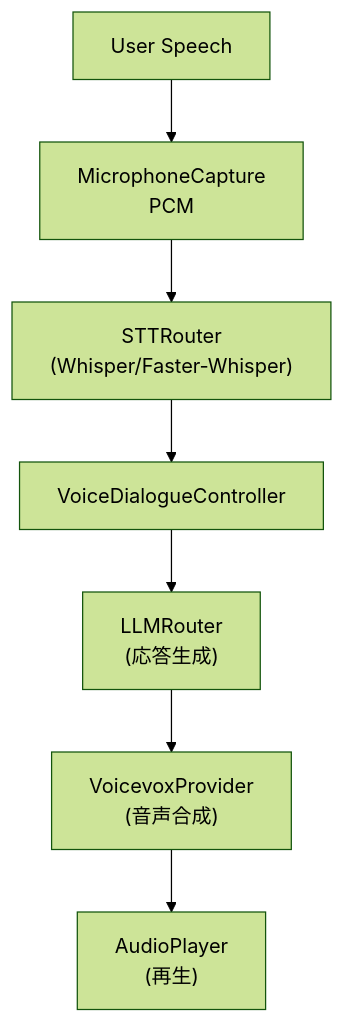
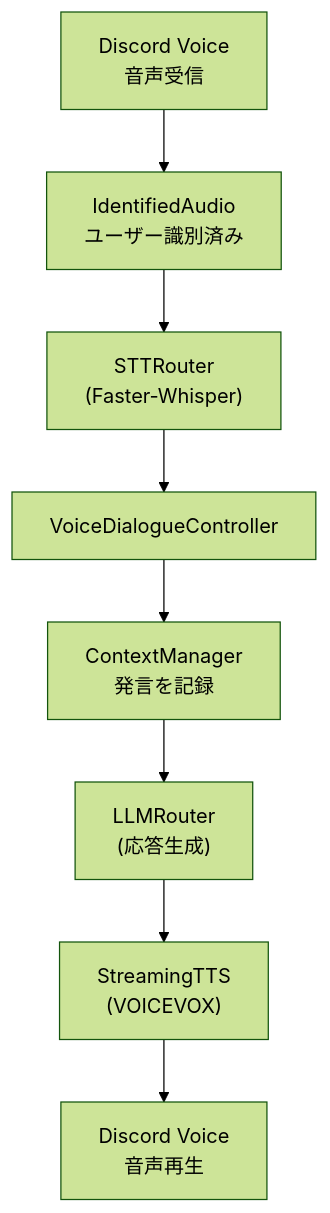
Before and after one commit to Ichiyou1922/AI_Development: the third of 3 diagrams in cheetsheets/develop/01-architecture-overview.md, drawn with Mermaid (forest theme). The commit also changed other lines of this file and 10 other files, not shown here.

````diff
--- a/cheetsheets/develop/01-architecture-overview.md
+++ b/cheetsheets/develop/01-architecture-overview.md
@@ -200,9 +338,10 @@
 ```mermaid
 flowchart TD
-    A[User Speech] --> B[MicrophoneCapture<br/>PCM]
-    B --> C["STTRouter<br/>(Whisper/Faster-Whisper)"]
+    A[Discord Voice<br/>音声受信] --> B[IdentifiedAudio<br/>ユーザー識別済み]
+    B --> C["STTRouter<br/>(Faster-Whisper)"]
     C --> D[VoiceDialogueController]
-    D --> E["LLMRouter<br/>(応答生成)"]
-    E --> F["VoicevoxProvider<br/>(音声合成)"]
-    F --> G["AudioPlayer<br/>(再生)"]
+    D --> E[ContextManager<br/>発言を記録]
+    E --> F["LLMRouter<br/>(応答生成)"]
+    F --> G["StreamingTTS<br/>(VOICEVOX)"]
+    G --> H["Discord Voice<br/>音声再生"]
 ```
````
